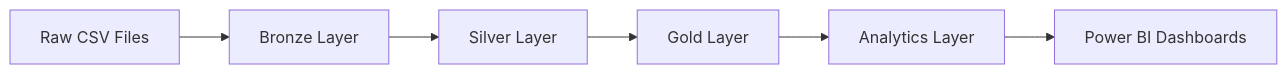
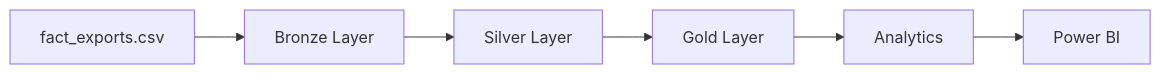
One commit to Shivam-Motwani/Chubb-Assignments changed the first of 2 diagrams in capstone/README.md. Above: the diagram before and after it, drawn with Mermaid. The commit also changed other lines of this file, not shown here.

````diff
--- a/capstone/README.md
+++ b/capstone/README.md
@@ -72,8 +91,8 @@
 ```mermaid
 graph LR
-    A[Raw CSV Files] --> B[Bronze Layer]
+    A[fact_exports.csv] --> B[Bronze Layer]
     B --> C[Silver Layer]
     C --> D[Gold Layer]
-    D --> E[Analytics Layer]
-    E --> F[Power BI Dashboards]
+    D --> E[Analytics]
+    E --> F[Power BI]
 ```
````
